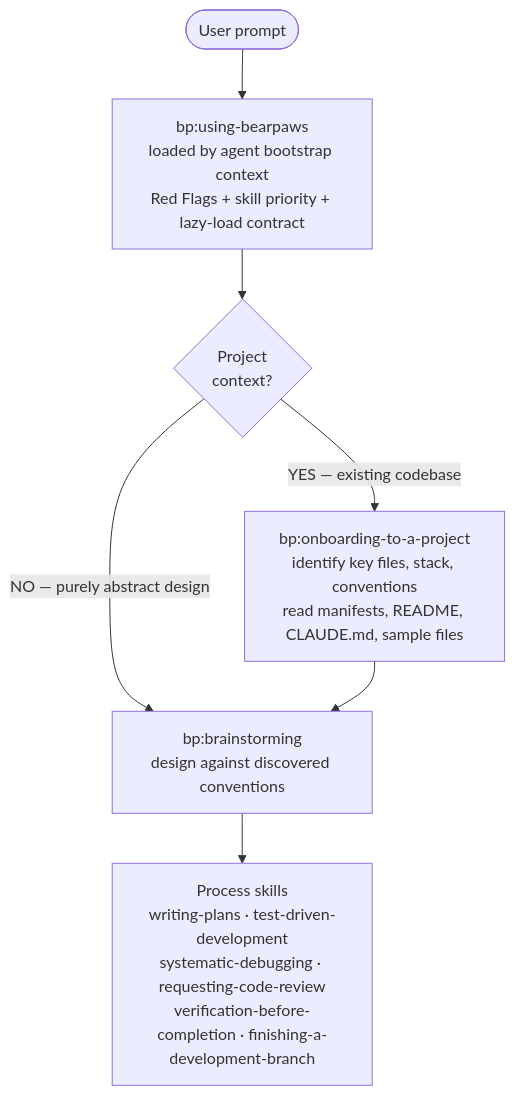
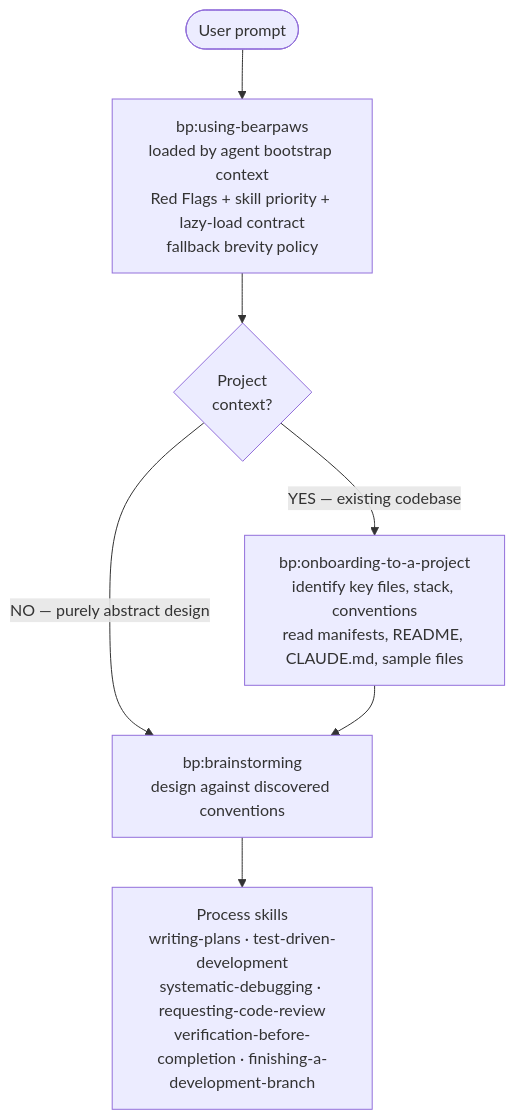
Before and after one commit to brandonfla/bearpaws: the diagram in README.md, drawn with Mermaid. The commit also changed other lines of this file and 6 other files, not shown here.

First line of the commit message:
feat: add brevity policy to bootstrap (v2.1.0) (#5)

````diff
--- a/README.md
+++ b/README.md
@@ -11,9 +11,9 @@
 ```mermaid
 flowchart TD
-    Start([User prompt]) --> Bootstrap[bp:using-bearpaws<br/>loaded by agent bootstrap context<br/>Red Flags + skill priority + lazy-load contract]
+    Start([User prompt]) --> Bootstrap[bp:using-bearpaws<br/>loaded by agent bootstrap context<br/>Red Flags + skill priority + lazy-load contract<br/>fallback brevity policy]
     Bootstrap --> Check{Project<br/>context?}
     Check -->|YES &mdash; existing codebase| Onboard[bp:onboarding-to-a-project<br/>identify key files, stack, conventions<br/>read manifests, README, CLAUDE.md, sample files]
     Check -->|NO &mdash; purely abstract design| Brainstorm
     Onboard --> Brainstorm[bp:brainstorming<br/>design against discovered conventions]
     Brainstorm --> Process[Process skills<br/>writing-plans &middot; test-driven-development<br/>systematic-debugging &middot; requesting-code-review<br/>verification-before-completion &middot; finishing-a-development-branch]
 ```
````
